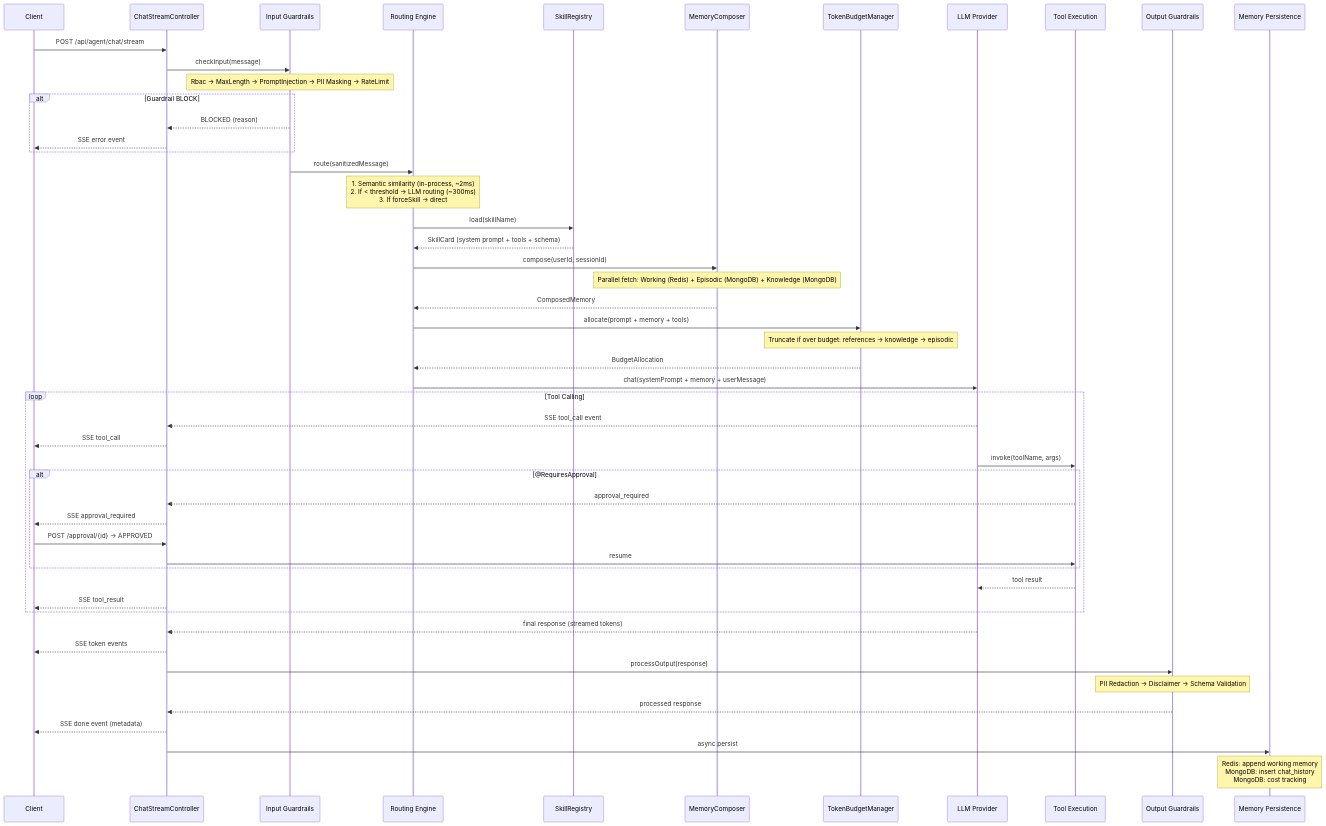
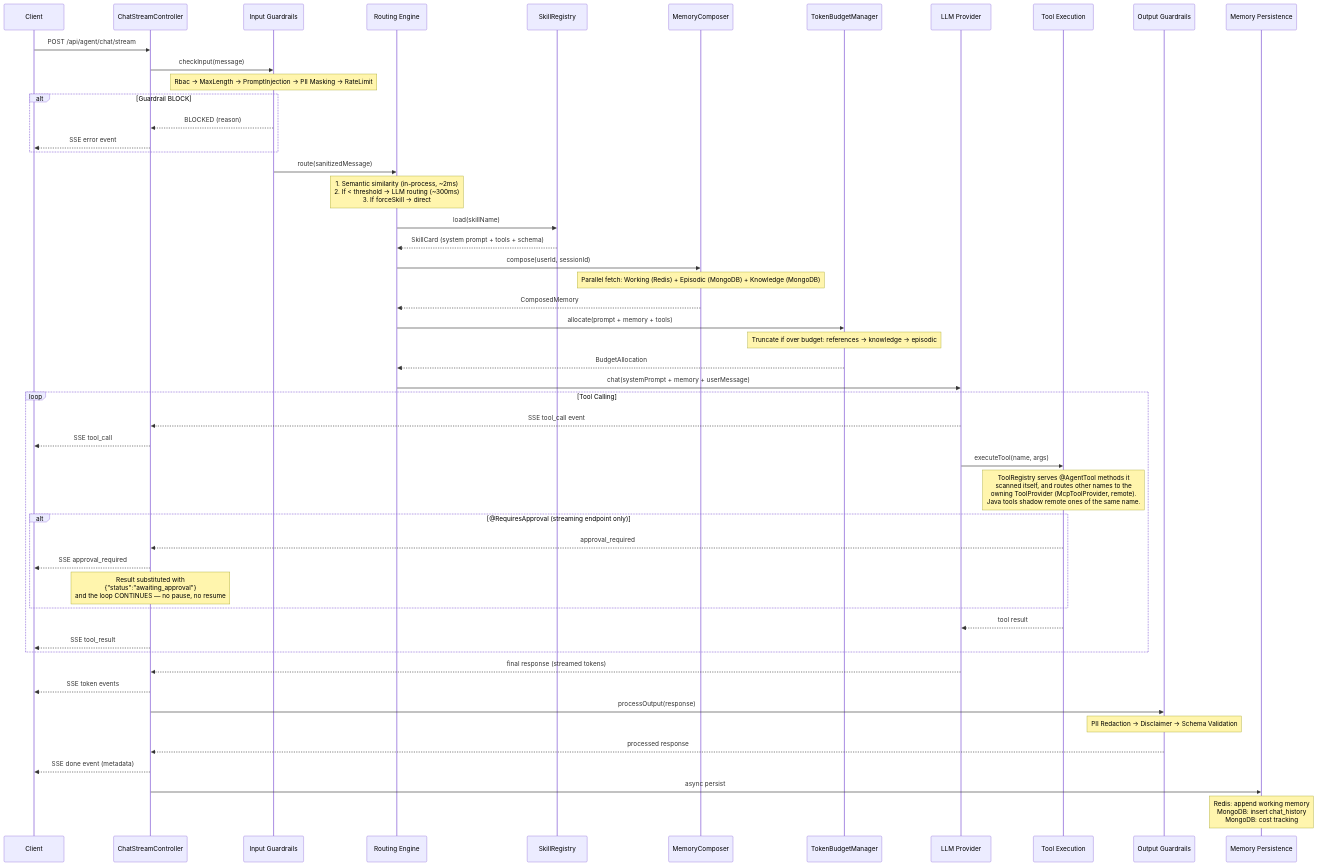
The first of 8 diagrams in docs/architecture-diagrams.md (GiskardB/gargantua-site), drawn with Mermaid before and after one commit. The commit also changed other lines of this file and 19 other files, not shown here.

````diff
--- a/docs/architecture-diagrams.md
+++ b/docs/architecture-diagrams.md
@@ -5,69 +5,69 @@
 ```mermaid
 sequenceDiagram
     participant Client
     participant Controller as ChatStreamController
     participant Guard_In as Input Guardrails
     participant Router as Routing Engine
     participant Registry as SkillRegistry
     participant Memory as MemoryComposer
     participant Budget as TokenBudgetManager
     participant LLM as LLM Provider
     participant Tools as Tool Execution
     participant Guard_Out as Output Guardrails
     participant Persist as Memory Persistence
 
     Client->>Controller: POST /api/agent/chat/stream
     Controller->>Guard_In: checkInput(message)
 
     Note over Guard_In: Rbac → MaxLength → PromptInjection → PII Masking → RateLimit
 
     alt Guardrail BLOCK
         Guard_In-->>Controller: BLOCKED (reason)
         Controller-->>Client: SSE error event
     end
 
     Guard_In->>Router: route(sanitizedMessage)
 
     Note over Router: 1. Semantic similarity (in-process, ~2ms)<br/>2. If < threshold → LLM routing (~300ms)<br/>3. If forceSkill → direct
 
     Router->>Registry: load(skillName)
     Registry-->>Router: SkillCard (system prompt + tools + schema)
 
     Router->>Memory: compose(userId, sessionId)
     Note over Memory: Parallel fetch: Working (Redis) + Episodic (MongoDB) + Knowledge (MongoDB)
     Memory-->>Router: ComposedMemory
 
     Router->>Budget: allocate(prompt + memory + tools)
     Note over Budget: Truncate if over budget: references → knowledge → episodic
     Budget-->>Router: BudgetAllocation
 
     Router->>LLM: chat(systemPrompt + memory + userMessage)
 
     loop Tool Calling
         LLM-->>Controller: SSE tool_call event
         Controller-->>Client: SSE tool_call
-        LLM->>Tools: invoke(toolName, args)
+        LLM->>Tools: executeTool(name, args)
+        Note over Tools: ToolRegistry serves @AgentTool methods it<br/>scanned itself, and routes other names to the<br/>owning ToolProvider (McpToolProvider, remote).<br/>Java tools shadow remote ones of the same name.
 
-        alt @RequiresApproval
+        alt @RequiresApproval (streaming endpoint only)
             Tools-->>Controller: approval_required
             Controller-->>Client: SSE approval_required
-            Client->>Controller: POST /approval/{id} → APPROVED
-            Controller->>Tools: resume
+            Note over Controller: Result substituted with<br/>{"status":"awaiting_approval"}<br/>and the loop CONTINUES — no pause, no resume
         end
 
         Tools-->>LLM: tool result
         Controller-->>Client: SSE tool_result
     end
 
     LLM-->>Controller: final response (streamed tokens)
     Controller-->>Client: SSE token events
 
     Controller->>Guard_Out: processOutput(response)
     Note over Guard_Out: PII Redaction → Disclaimer → Schema Validation
     Guard_Out-->>Controller: processed response
 
     Controller-->>Client: SSE done event (metadata)
 
     Controller->>Persist: async persist
     Note over Persist: Redis: append working memory<br/>MongoDB: insert chat_history<br/>MongoDB: cost tracking
 ```
````
